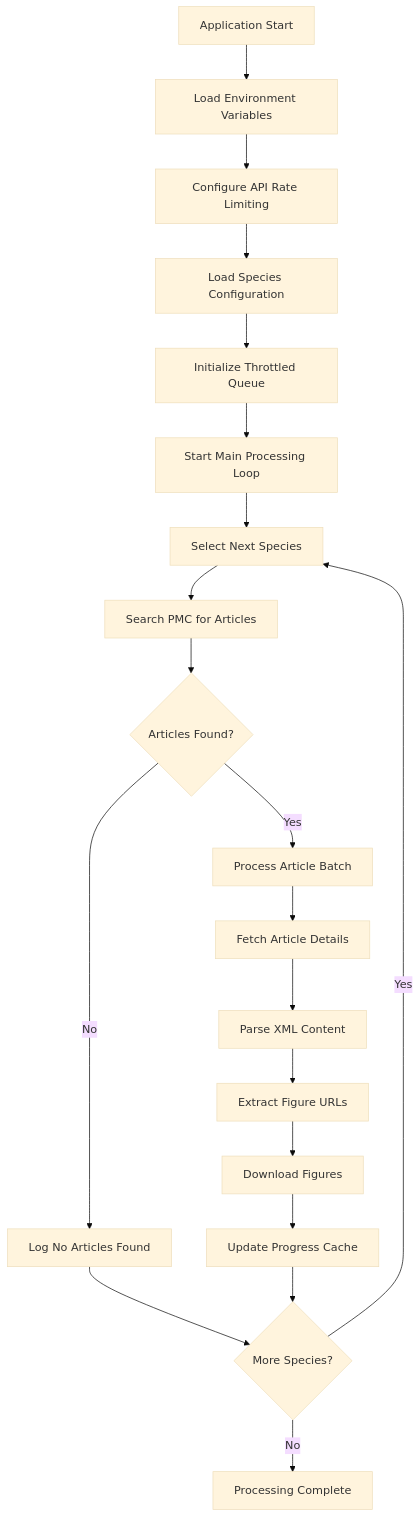
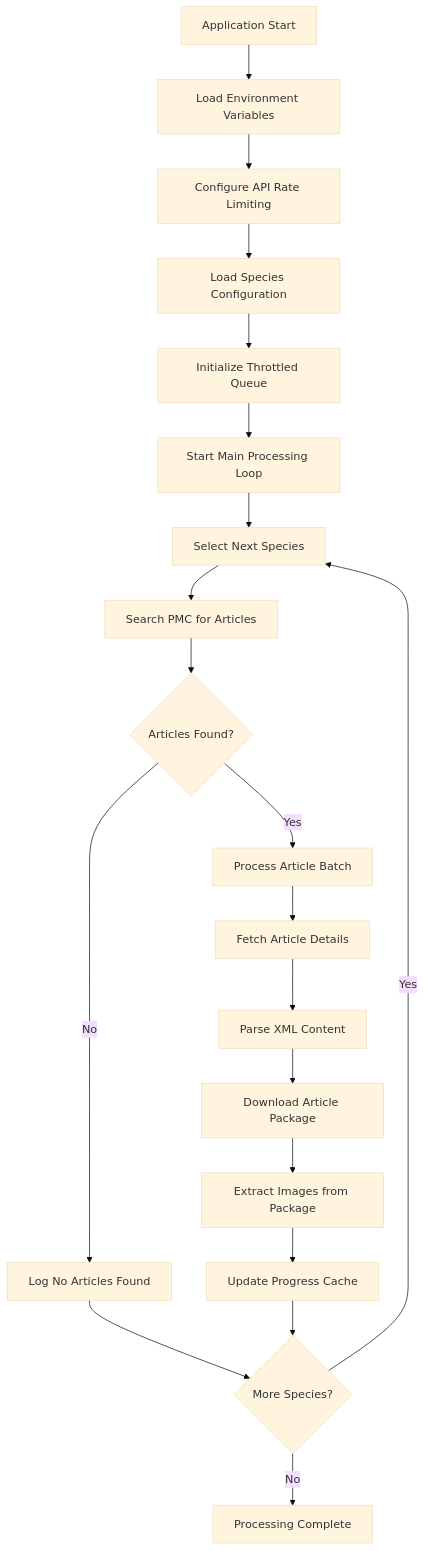
Before and after one commit to AlexJSully/Publication-Figure-Retrieval: the first of 12 diagrams in docs/architecture/pipelines.md, drawn with Mermaid (base theme). The commit also changed other lines of this file and 14 other files, not shown here.

````diff
--- a/docs/architecture/pipelines.md
+++ b/docs/architecture/pipelines.md
@@ -9,26 +9,26 @@
 ```mermaid
 graph TD
     A[Application Start] --> B[Load Environment Variables]
     B --> C[Configure API Rate Limiting]
     C --> D[Load Species Configuration]
     D --> E[Initialize Throttled Queue]
     E --> F[Start Main Processing Loop]
 
     F --> G[Select Next Species]
     G --> H[Search PMC for Articles]
     H --> I{Articles Found?}
 
     I -->|No| J[Log No Articles Found]
     I -->|Yes| K[Process Article Batch]
 
     J --> L{More Species?}
     K --> M[Fetch Article Details]
     M --> N[Parse XML Content]
-    N --> O[Extract Figure URLs]
-    O --> P[Download Figures]
+    N --> O[Download Article Package]
+    O --> P[Extract Images from Package]
     P --> Q[Update Progress Cache]
     Q --> L
 
     L -->|Yes| G
     L -->|No| R[Processing Complete]
 ```
````
